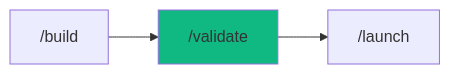
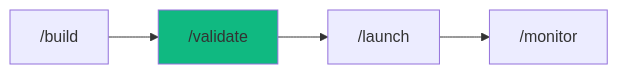
One commit to pikakit/agent-skills changed the diagram in .agent/workflows/validate.md. Above: the diagram before and after it, drawn with Mermaid. The commit also changed other lines of this file and 498 other files, not shown here.

````diff
--- a/.agent/workflows/validate.md
+++ b/.agent/workflows/validate.md
@@ -271,6 +281,7 @@
 ```mermaid
 graph LR
     A["/build"] --> B["/validate"]
     B --> C["/launch"]
+    C --> D["/monitor"]
     style B fill:#10b981
 ```
````
